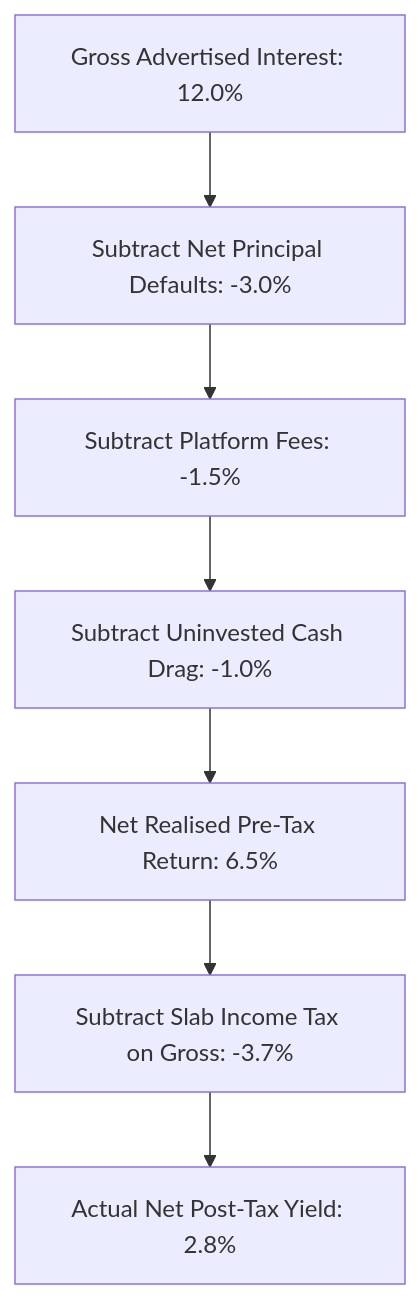
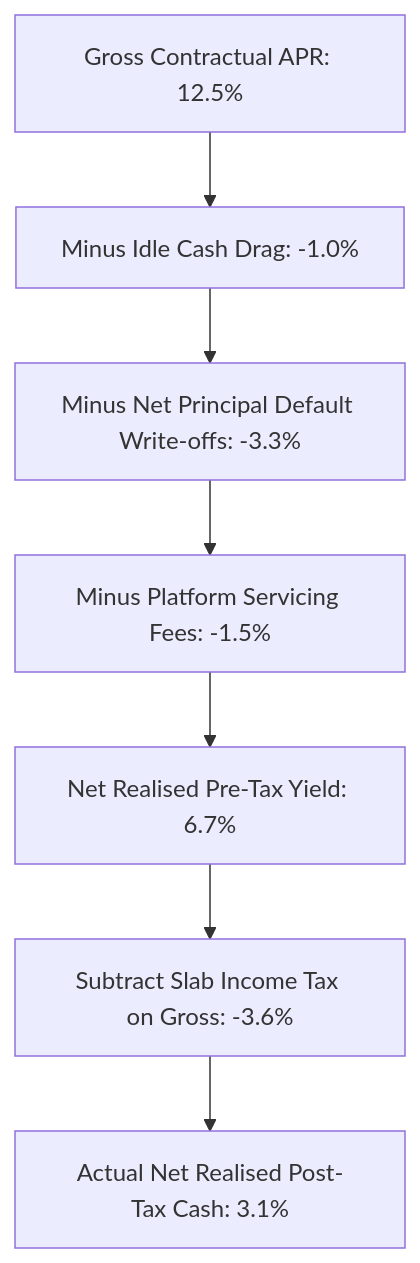
One commit to chirag127/artha-atlas-assets changed the first of 2 diagrams in src/content/articles/anatomy-of-p2p-lending-india.mdx. Above: the diagram before and after it, drawn with Mermaid. The commit also changed other lines of this file and 2 other files, not shown here.

````diff
--- a/src/content/articles/anatomy-of-p2p-lending-india.mdx
+++ b/src/content/articles/anatomy-of-p2p-lending-india.mdx
@@ -44,9 +46,9 @@
 ```mermaid
 graph TD
-    Gross[Gross Advertised Interest: 12.0%] --> MinusDefaults[Subtract Net Principal Defaults: -3.0%]
-    MinusDefaults --> MinusFees[Subtract Platform Fees: -1.5%]
-    MinusFees --> MinusDrag[Subtract Uninvested Cash Drag: -1.0%]
-    MinusDrag --> NetPreTax[Net Realised Pre-Tax Return: 6.5%]
-    NetPreTax --> TaxTrap[Subtract Slab Income Tax on Gross: -3.7%]
-    TaxTrap --> Final[Actual Net Post-Tax Yield: 2.8%]
+    Gross[Gross Contractual APR: 12.5%] --> Drag[Minus Idle Cash Drag: -1.0%]
+    Drag --> Def[Minus Net Principal Default Write-offs: -3.3%]
+    Def --> Fee[Minus Platform Servicing Fees: -1.5%]
+    Fee --> PreTax[Net Realised Pre-Tax Yield: 6.7%]
+    PreTax --> TaxTrap[Subtract Slab Income Tax on Gross: -3.6%]
+    TaxTrap --> Net[Actual Net Realised Post-Tax Cash: 3.1%]
 ```
````
